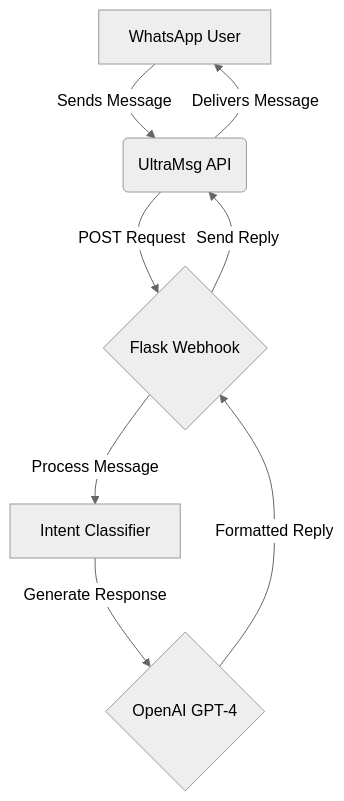
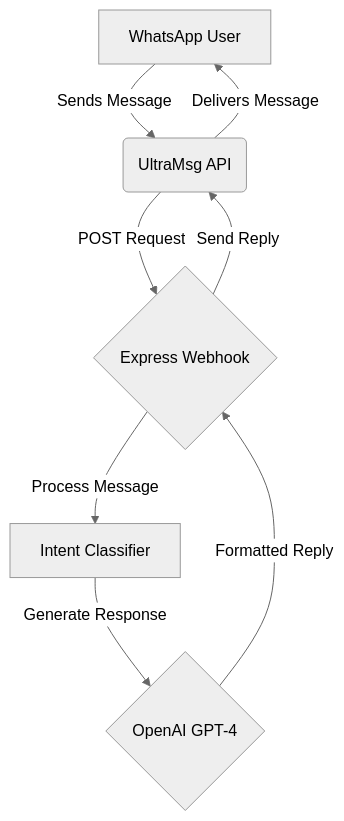
Before and after one commit to NovusAevum/hanis-whatsapp-bot: the diagram in README.md, drawn with Mermaid (neutral theme). The commit also changed other lines of this file and 5 other files, not shown here.

````diff
--- a/README.md
+++ b/README.md
@@ -34,10 +34,10 @@
 ```mermaid
 graph TD;
     A[WhatsApp User] -->|Sends Message| B(UltraMsg API);
-    B -->|POST Request| C{Flask Webhook};
+    B -->|POST Request| C{Express Webhook};
     C -->|Process Message| D[Intent Classifier];
     D -->|Generate Response| E{OpenAI GPT-4};
     E -->|Formatted Reply| C;
     C -->|Send Reply| B;
     B -->|Delivers Message| A;
 ```
````
